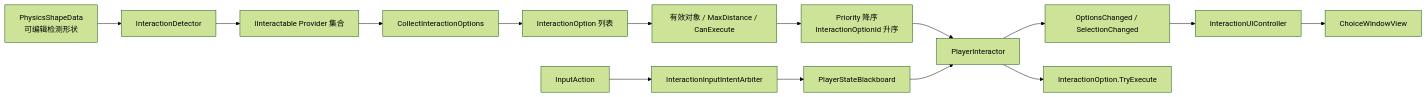
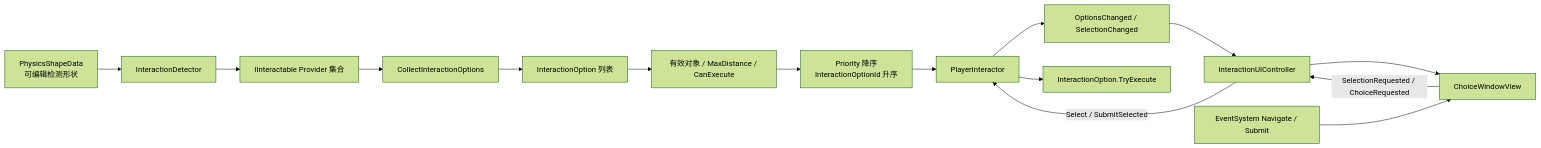
One commit to Whitesheeeep/3DRPG changed the first of 5 diagrams in Assets/Scripts/InteractionSystem/Documentation/InteractionSystem_Technical.md. Above: the diagram before and after it, drawn with Mermaid (forest theme). The commit also changed other lines of this file and 161 other files, not shown here.

Commit message:
1. 交互系统优化 2. 对话系统优化 3. 切换角色 1.0, 将 PlayerController.cs 与其他组件解开来

````diff
--- a/Assets/Scripts/InteractionSystem/Documentation/InteractionSystem_Technical.md
+++ b/Assets/Scripts/InteractionSystem/Documentation/InteractionSystem_Technical.md
@@ -9,17 +9,17 @@
 ```mermaid
 flowchart LR
     Shape[PhysicsShapeData<br/>可编辑检测形状] --> Detector[InteractionDetector]
     Detector --> Providers[IInteractable Provider 集合]
     Providers --> Collect[CollectInteractionOptions]
     Collect --> Options[InteractionOption 列表]
     Options --> Filter[有效对象 / MaxDistance / CanExecute]
     Filter --> Sort[Priority 降序<br/>InteractionOptionId 升序]
     Sort --> Interactor[PlayerInteractor]
     Interactor --> DomainEvents[OptionsChanged / SelectionChanged]
     DomainEvents --> Controller[InteractionUIController]
     Controller --> View[ChoiceWindowView]
-    Input[InputAction] --> Arbiter[InteractionInputIntentArbiter]
-    Arbiter --> Blackboard[PlayerStateBlackboard]
-    Blackboard --> Interactor
+    UI[EventSystem Navigate / Submit] --> View
+    View -->|SelectionRequested / ChoiceRequested| Controller
+    Controller -->|Select / SubmitSelected| Interactor
     Interactor --> Execute[InteractionOption.TryExecute]
 ```
````
